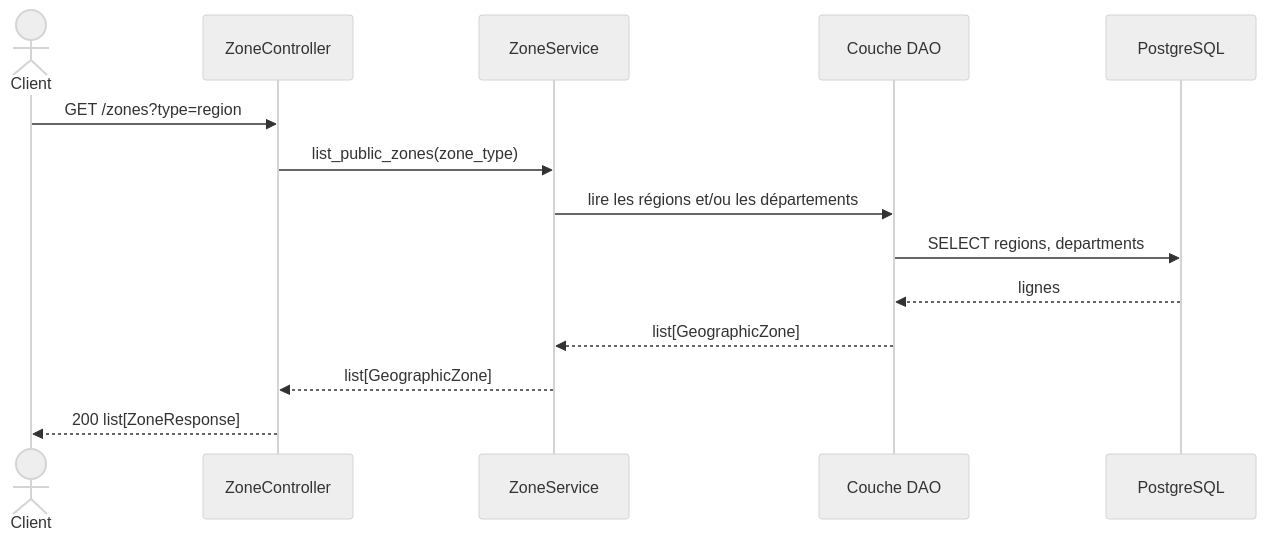
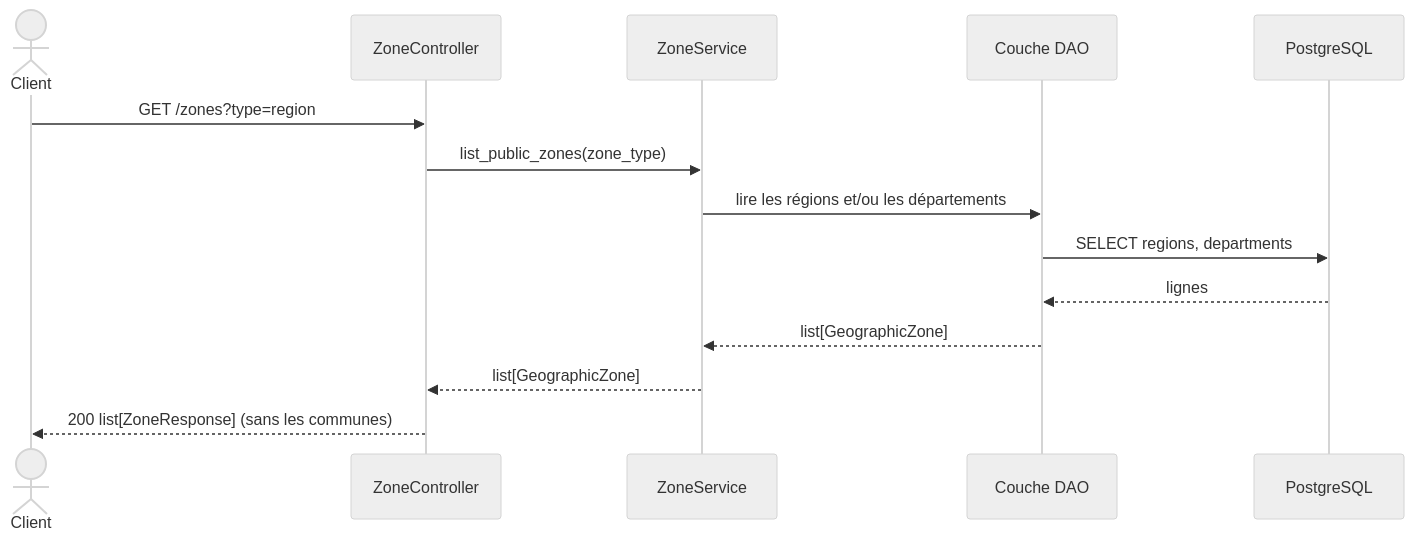
Before and after one commit to gabriel-dahan/ensai-it-project-2a-team12: the fifth of 16 diagrams in doc/new_diagram.md, drawn with Mermaid (neutral theme). The commit also changed other lines of this file and 54 other files, not shown here.

First line of the commit message:
Implement DJU API according to new_diagram.md

````diff
--- a/doc/new_diagram.md
+++ b/doc/new_diagram.md
@@ -504,17 +490,17 @@
 ```mermaid
 sequenceDiagram
     actor Client
     participant Ctrl as ZoneController
     participant ZS as ZoneService
     participant DAO as Couche DAO
     participant DB as PostgreSQL
 
     Client->>Ctrl: GET /zones?type=region
     Ctrl->>ZS: list_public_zones(zone_type)
     ZS->>DAO: lire les régions et/ou les départements
     DAO->>DB: SELECT regions, departments
     DB-->>DAO: lignes
     DAO-->>ZS: list[GeographicZone]
     ZS-->>Ctrl: list[GeographicZone]
-    Ctrl-->>Client: 200 list[ZoneResponse]
+    Ctrl-->>Client: 200 list[ZoneResponse] (sans les communes)
 ```
````
